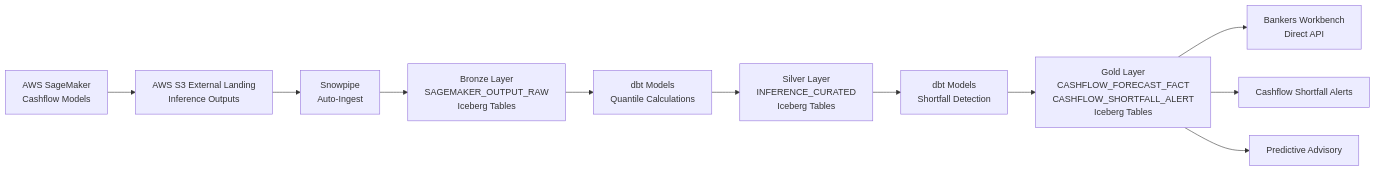
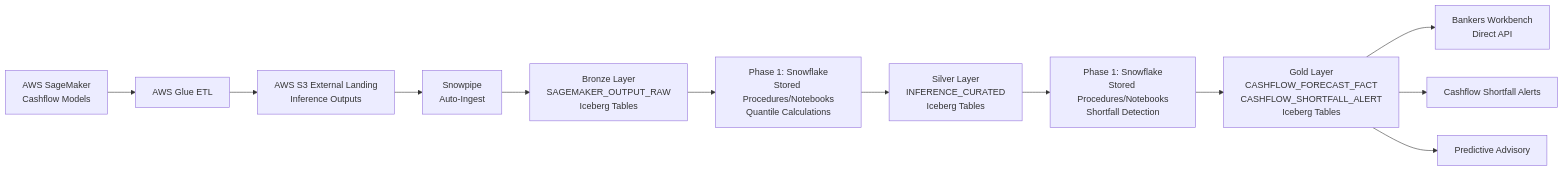
Diagram 19 of 21 in 15-BB-QPD Future State/QPD - Future State.md (sfc-gh-mhindi/REPO_CBA), drawn with Mermaid before and after one commit. The commit also changed other lines of this file, not shown here.

Commit message:
Update QPD - Future State.md

````diff
--- a/15-BB-QPD Future State/QPD - Future State.md
+++ b/15-BB-QPD Future State/QPD - Future State.md
@@ -1489,13 +1489,14 @@
 ```mermaid
 graph LR
-    Source[AWS SageMaker<br/>Cashflow Models] --> S3[AWS S3 External Landing<br/>Inference Outputs]
+    Source[AWS SageMaker<br/>Cashflow Models] --> Glue[AWS Glue ETL]
+    Glue --> S3[AWS S3 External Landing<br/>Inference Outputs]
     S3 --> Snowpipe[Snowpipe<br/>Auto-Ingest]
     Snowpipe --> Bronze[Bronze Layer<br/>SAGEMAKER_OUTPUT_RAW<br/>Iceberg Tables]
-    Bronze --> dbt_silver[dbt Models<br/>Quantile Calculations]
-    dbt_silver --> Silver[Silver Layer<br/>INFERENCE_CURATED<br/>Iceberg Tables]
-    Silver --> dbt_gold[dbt Models<br/>Shortfall Detection]
-    dbt_gold --> Gold[Gold Layer<br/>CASHFLOW_FORECAST_FACT<br/>CASHFLOW_SHORTFALL_ALERT<br/>Iceberg Tables]
+    Bronze --> Transform_Phase1[Phase 1: Snowflake<br/>Stored Procedures/Notebooks<br/>Quantile Calculations]
+    Transform_Phase1 --> Silver[Silver Layer<br/>INFERENCE_CURATED<br/>Iceberg Tables]
+    Silver --> Transform_Phase1_Gold[Phase 1: Snowflake<br/>Stored Procedures/Notebooks<br/>Shortfall Detection]
+    Transform_Phase1_Gold --> Gold[Gold Layer<br/>CASHFLOW_FORECAST_FACT<br/>CASHFLOW_SHORTFALL_ALERT<br/>Iceberg Tables]
     Gold --> BWB[Bankers Workbench<br/>Direct API]
     Gold --> Alerts[Cashflow Shortfall Alerts]
     Gold --> Advisory[Predictive Advisory]
 ```
````
